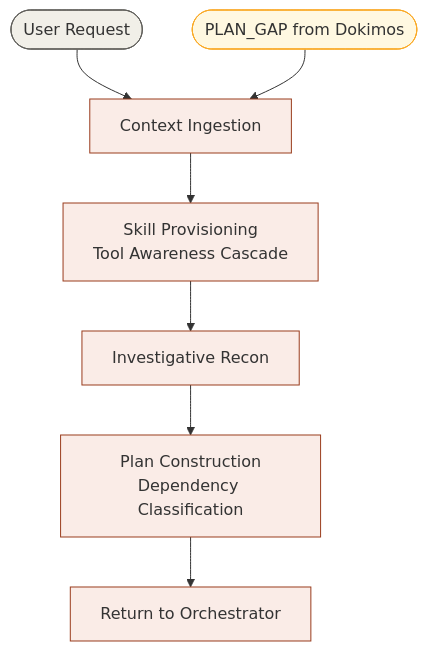
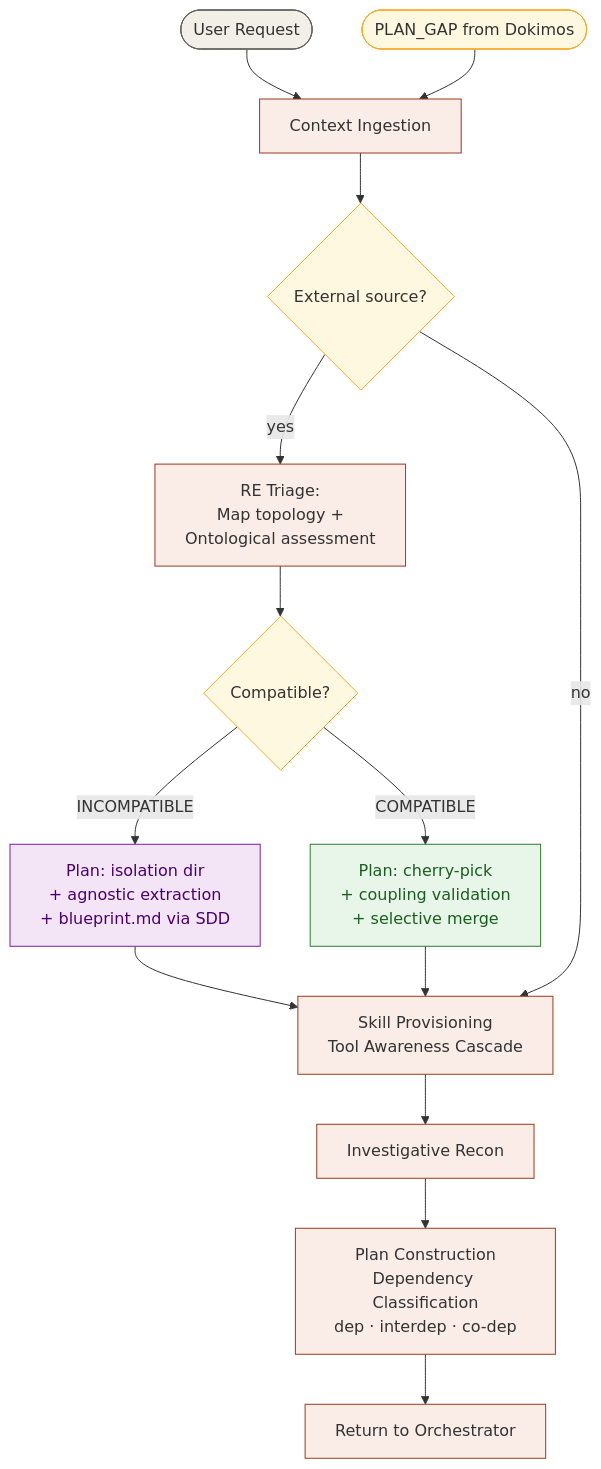
Before and after one commit to ancrz/pipeline-agentic: the second of 7 diagrams in claude/README.md, drawn with Mermaid. The commit also changed other lines of this file, not shown here.

First line of the commit message:
docs(readme): add RE flow and ontological tests to Mermaid diagrams

````diff
--- a/claude/README.md
+++ b/claude/README.md
@@ -120,17 +120,29 @@
 ```mermaid
 flowchart TD
     R([User Request]) --> CI[Context Ingestion]
-    CI --> SP[Skill Provisioning<br/>Tool Awareness Cascade]
+    CI --> RE{External source?}
+    RE -->|yes| RET2[RE Triage:<br/>Map topology +<br/>Ontological assessment]
+    RET2 --> CV{Compatible?}
+    CV -->|INCOMPATIBLE| INC[Plan: isolation dir<br/>+ agnostic extraction<br/>+ blueprint.md via SDD]
+    CV -->|COMPATIBLE| COM[Plan: cherry-pick<br/>+ coupling validation<br/>+ selective merge]
+    INC --> SP
+    COM --> SP
+    RE -->|no| SP[Skill Provisioning<br/>Tool Awareness Cascade]
     SP --> IR[Investigative Recon]
-    IR --> PC[Plan Construction<br/>Dependency Classification]
+    IR --> PC[Plan Construction<br/>Dependency Classification<br/>dep · interdep · co-dep]
     PC --> RET[Return to Orchestrator]
     PG([PLAN_GAP from Dokimos]) --> CI
 
     style R fill:#F1EFE8,stroke:#5F5E5A
     style CI fill:#FAECE7,stroke:#993C1D
+    style RE fill:#FFF8E1,stroke:#F9A825
+    style RET2 fill:#FAECE7,stroke:#993C1D
+    style CV fill:#FFF8E1,stroke:#F9A825
+    style INC fill:#F3E5F5,stroke:#7B1FA2,color:#4A0072
+    style COM fill:#E8F5E9,stroke:#2E7D32,color:#1B5E20
     style SP fill:#FAECE7,stroke:#993C1D
     style IR fill:#FAECE7,stroke:#993C1D
     style PC fill:#FAECE7,stroke:#993C1D
     style RET fill:#FAECE7,stroke:#993C1D
     style PG fill:#FFF8E1,stroke:#F9A825
 ```
````
